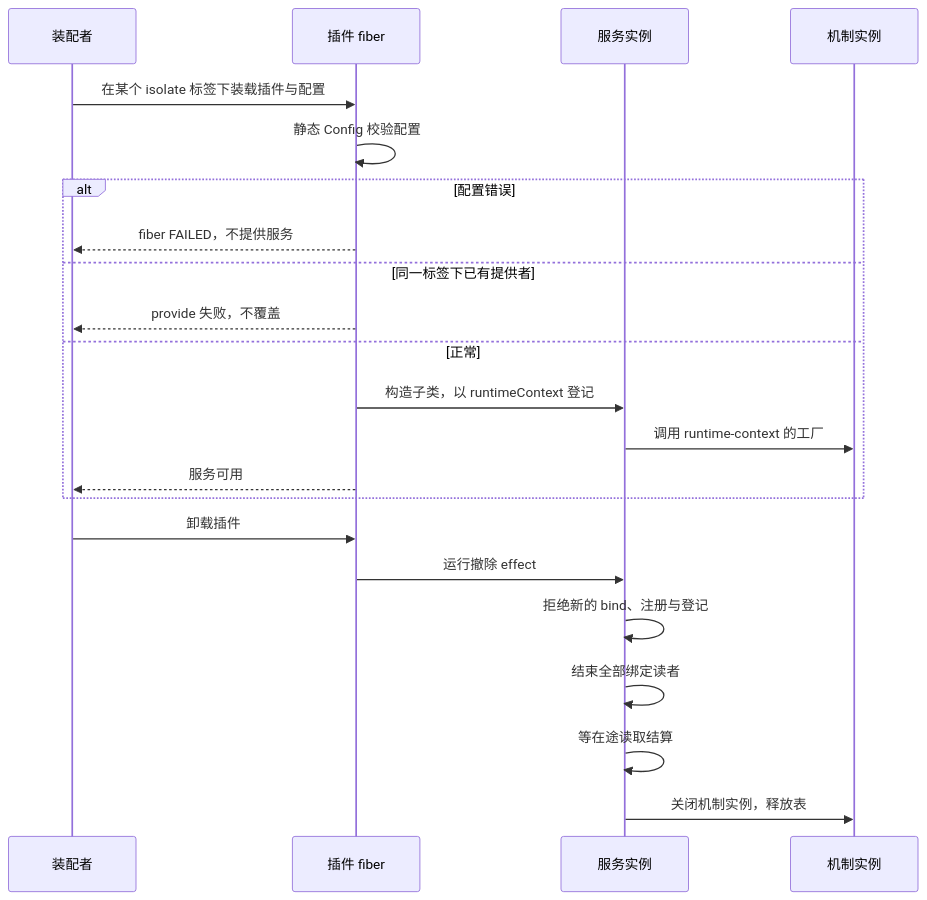
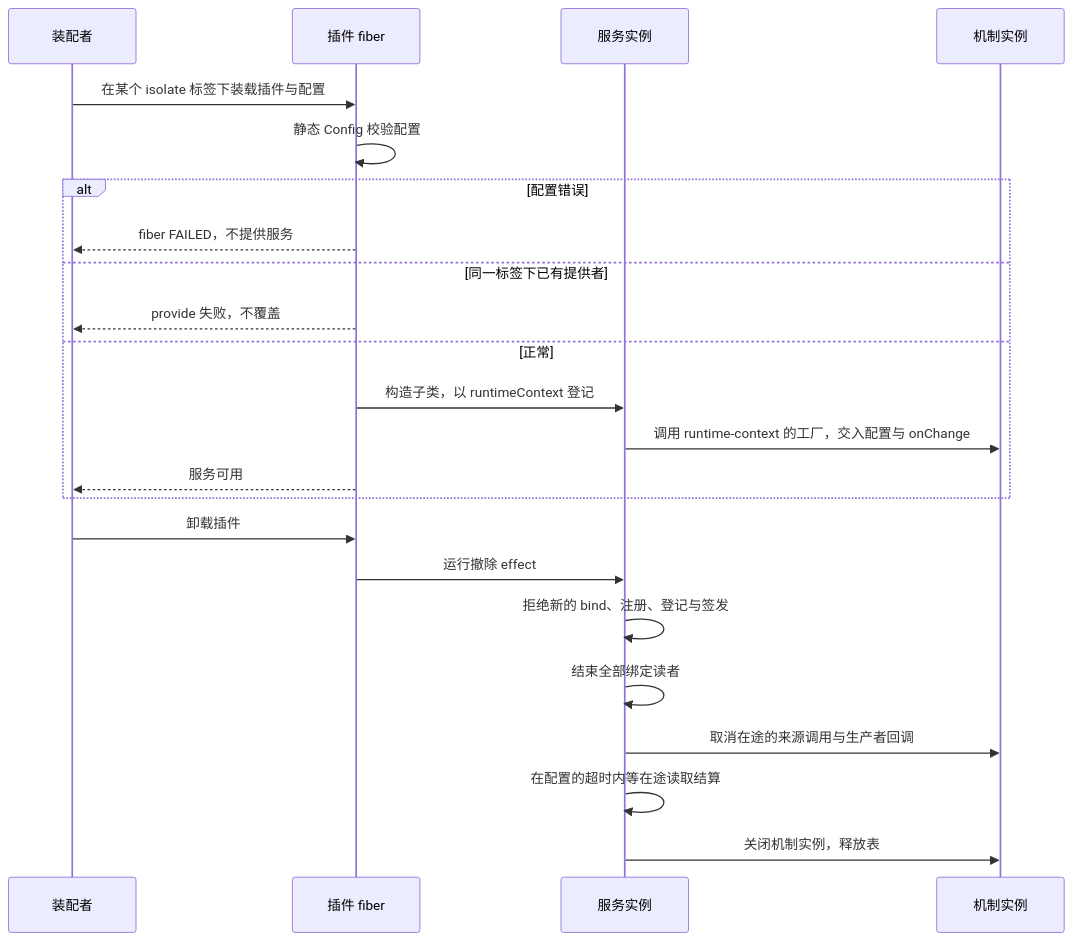
Before and after one commit to nemori-ai/omne-harness-lite: the first of 3 diagrams in packages/context/runtime-context-cordis/docs/flows.md, drawn with Mermaid. The commit also changed other lines of this file and 68 other files, not shown here.

````diff
--- a/packages/context/runtime-context-cordis/docs/flows.md
+++ b/packages/context/runtime-context-cordis/docs/flows.md
@@ -13,24 +13,25 @@
 ```mermaid
 sequenceDiagram
   participant A as 装配者
   participant F as 插件 fiber
   participant S as 服务实例
   participant M as 机制实例
   A->>F: 在某个 isolate 标签下装载插件与配置
   F->>F: 静态 Config 校验配置
   alt 配置错误
     F-->>A: fiber FAILED，不提供服务
   else 同一标签下已有提供者
     F-->>A: provide 失败，不覆盖
   else 正常
     F->>S: 构造子类，以 runtimeContext 登记
-    S->>M: 调用 runtime-context 的工厂
+    S->>M: 调用 runtime-context 的工厂，交入配置与 onChange
     F-->>A: 服务可用
   end
   A->>F: 卸载插件
   F->>S: 运行撤除 effect
-  S->>S: 拒绝新的 bind、注册与登记
+  S->>S: 拒绝新的 bind、注册、登记与签发
   S->>S: 结束全部绑定读者
-  S->>S: 等在途读取结算
+  S->>M: 取消在途的来源调用与生产者回调
+  S->>S: 在配置的超时内等在途读取结算
   S->>M: 关闭机制实例，释放表
 ```
````
